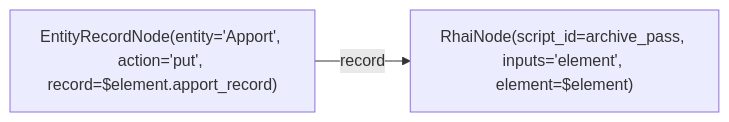
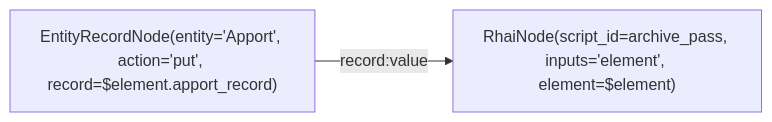
Before and after one commit to L-Defraiteur/rag3db: the diagram in extension/rag3weaver/templates/backends/memory/graphs/archive_write.mmd, drawn with Mermaid. The commit also changed 4 other files, not shown here.

Commit message:
fix(mémoire): les arêtes des graphes de l'archive nomment leurs ports d'entrée (element, elements, value, record, text) ; la fiche proposée et son apport s'écrivent sans arête entre eux

```diff
--- a/extension/rag3weaver/templates/backends/memory/graphs/archive_write.mmd
+++ b/extension/rag3weaver/templates/backends/memory/graphs/archive_write.mmd
@@ -1,9 +1,9 @@
 %% tool: archive_write
 %% description: L'apport L1 d'une section décidée, écrit sur sa fiche (kind = fiche). Rend l'élément tel quel pour l'étage des liens ; si l'écriture échoue, l'appel échoue.
 %% param: element json! -- L'élément décidé (archive_decided) : apport_record, apport_key, links, doc_value…
 %% result: out.result
 
 graph LR
     write["EntityRecordNode(entity='Apport', action='put', record=$element.apport_record)"]
     out["RhaiNode(script_id=archive_pass, inputs='element', element=$element)"]
-    write -->|record| out
+    write -->|record:value| out
```
